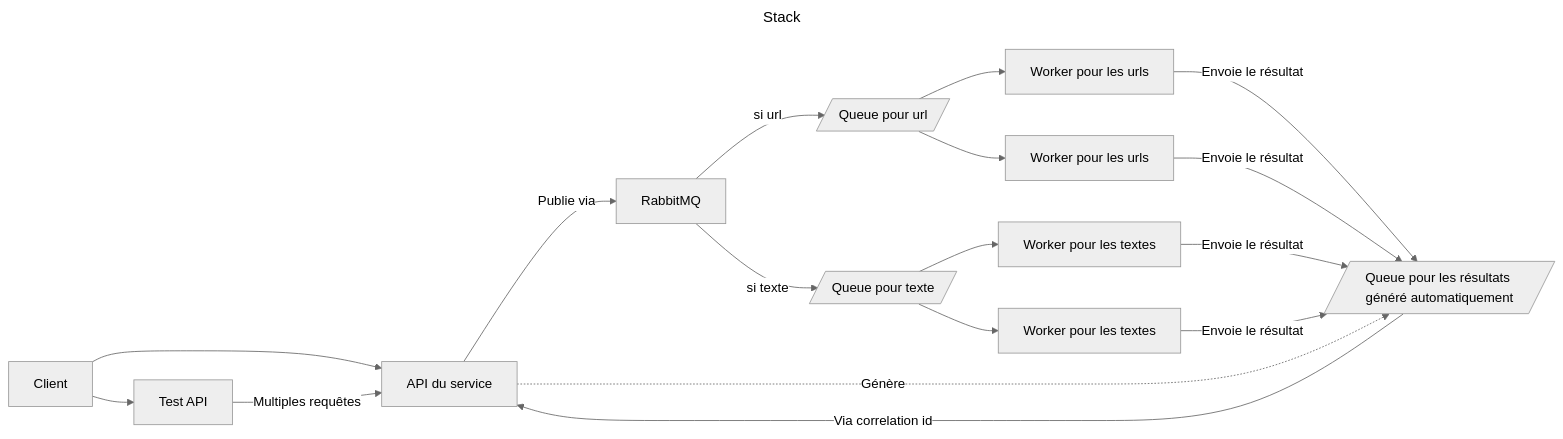
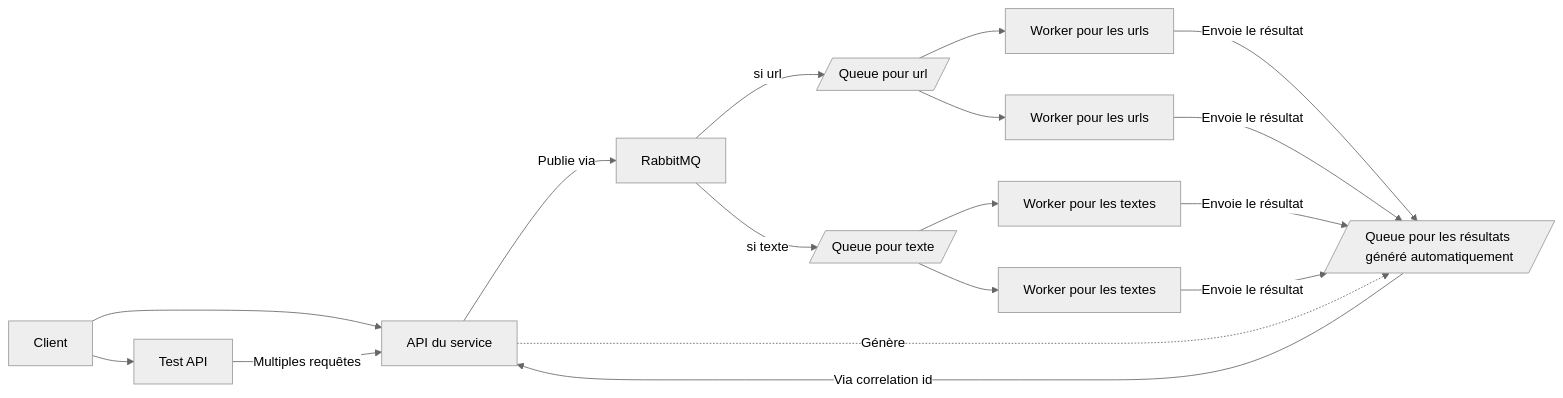
One commit to neoseb59/CALC_final_project changed the diagram in README.md. Above: the diagram before and after it, drawn with Mermaid (neutral theme). The commit also changed other lines of this file and 2 other files, not shown here.

Commit message:
Add mermaid-filter.err and report.pdf files

````diff
--- a/README.md
+++ b/README.md
@@ -17,36 +119,33 @@
 ```mermaid
----
-title: Stack
----
 flowchart LR
     FAPI["Test API"]
     FAPI2["API du service"]
     QRES -->|Via correlation id| FAPI2
     RabbitMQ
 
     WURL["Worker pour les urls"]
     WTEXT["Worker pour les textes"]
     WURL2["Worker pour les urls"]
     WTEXT2["Worker pour les textes"]
 
     QURL[/Queue pour url/]
     QTEXT[/Queue pour texte/]
     QRES[/Queue pour les résultats généré automatiquement/]
 
     Client --> FAPI
     Client --> FAPI2
     FAPI -->|Multiples requêtes| FAPI2
     FAPI2 -->|Publie via| RabbitMQ
     RabbitMQ -->|si url| QURL
     RabbitMQ -->|si texte| QTEXT
     QURL --> WURL
     QURL --> WURL2
     QTEXT --> WTEXT
     QTEXT --> WTEXT2
 
     WURL -->|Envoie le résultat| QRES
     WURL2 -->|Envoie le résultat| QRES
     WTEXT -->|Envoie le résultat| QRES
     WTEXT2 -->|Envoie le résultat| QRES
     FAPI2 -.->|Génère| QRES
 ```
````
